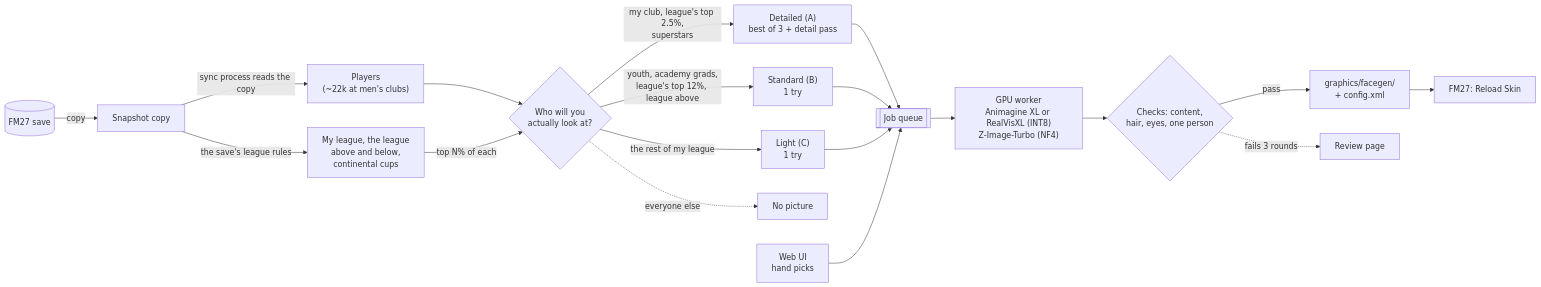
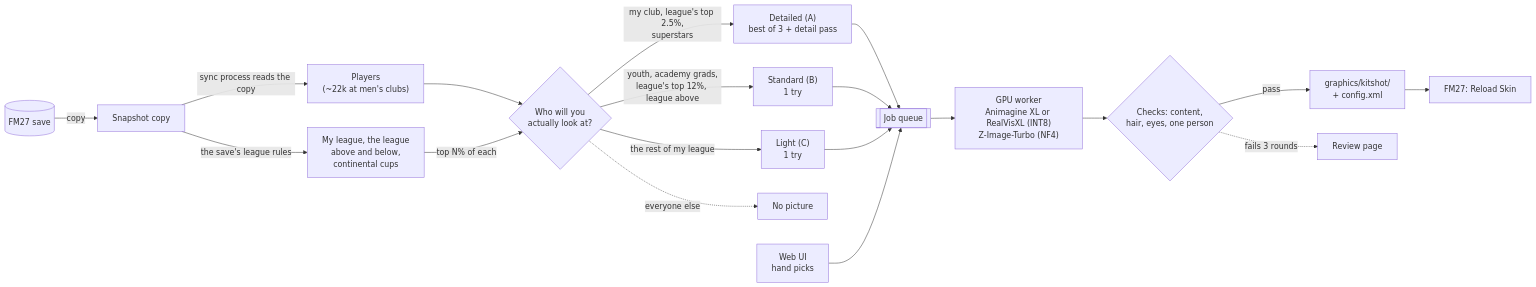
The first of 2 diagrams in README.md (junepaykim/face-generator), drawn with Mermaid before and after one commit. The commit also changed other lines of this file and 512 other files, not shown here.

First line of the commit message:
Rename facegen to kitshot inside the app

````diff
--- a/README.md
+++ b/README.md
@@ -70,21 +70,21 @@
 ```mermaid
 flowchart LR
     save[("FM27 save")] -->|"copy"| snap["Snapshot copy"]
     snap -->|"sync process reads the copy"| players["Players<br/>(~22k at men's clubs)"]
     snap -->|"the save's league rules"| leagues["My league, the league<br/>above and below,<br/>continental cups"]
     players --> who{"Who will you<br/>actually look at?"}
     leagues -->|"top N% of each"| who
     who -->|"my club, league's top 2.5%,<br/>superstars"| A["Detailed (A)<br/>best of 3 + detail pass"]
     who -->|"youth, academy grads,<br/>league's top 12%, league above"| B["Standard (B)<br/>1 try"]
     who -->|"the rest of my league"| C["Light (C)<br/>1 try"]
     who -.->|"everyone else"| skip["No picture"]
     A --> queue[["Job queue"]]
     B --> queue
     C --> queue
     ui["Web UI<br/>hand picks"] --> queue
     queue --> gpu["GPU worker<br/>Animagine XL or RealVisXL (INT8)<br/>Z-Image-Turbo (NF4)"]
     gpu --> check{"Checks: content,<br/>hair, eyes, one person"}
-    check -->|"pass"| pub["graphics/facegen/<br/>+ config.xml"]
+    check -->|"pass"| pub["graphics/kitshot/<br/>+ config.xml"]
     check -.->|"fails 3 rounds"| review["Review page"]
     pub --> fm["FM27: Reload Skin"]
 ```
````
